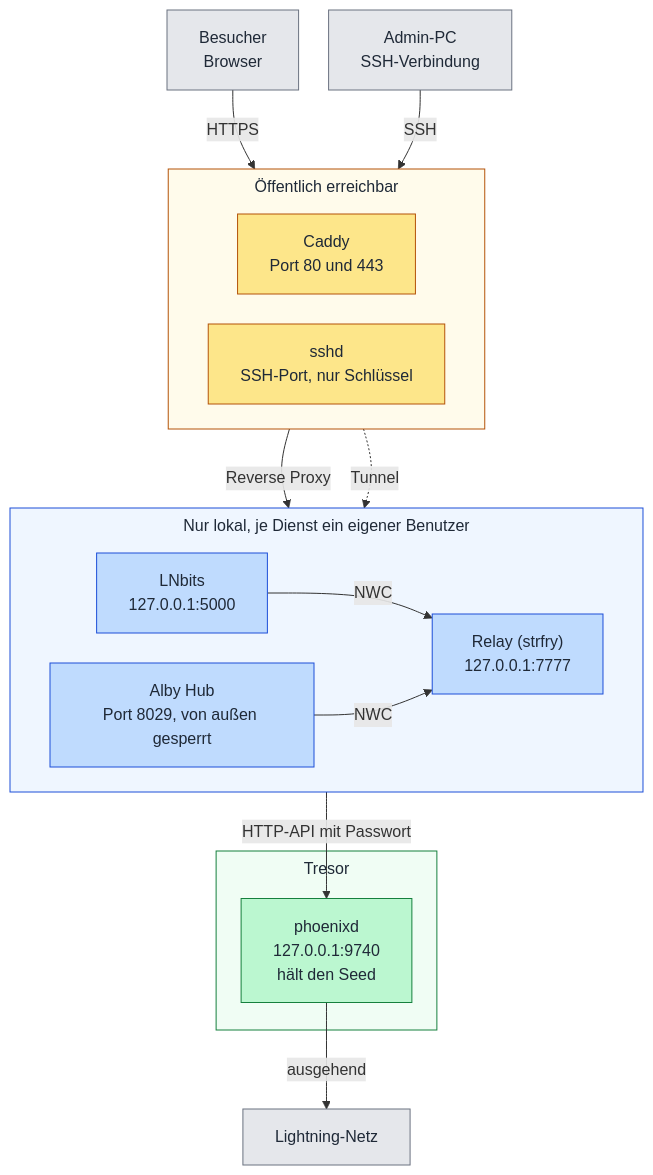
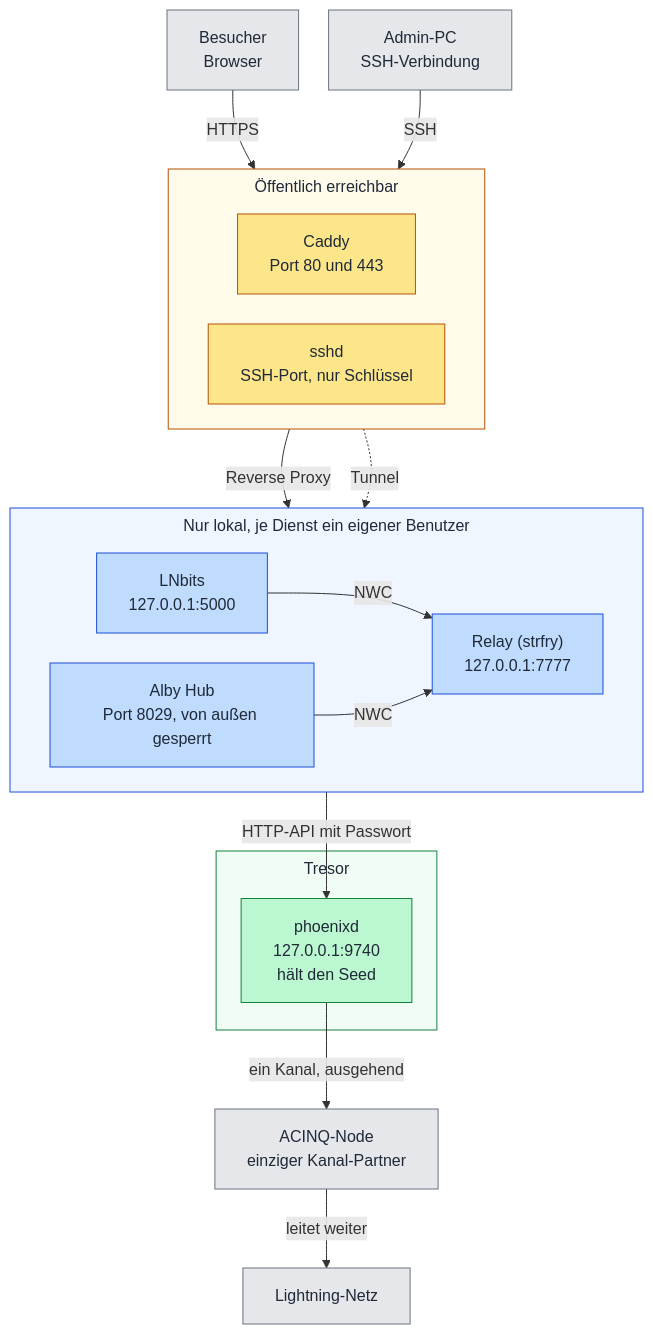
Before and after one commit to AxelHamburch/phalnx: the first of 2 diagrams in src/content/docs/start/overview.md, drawn with Mermaid. The commit also changed other lines of this file and 3 other files, not shown here.

Commit message:
Docs: ACINQ hidden-node diagram, funding Alby Hub, explain NWC log check

````diff
--- a/src/content/docs/start/overview.md
+++ b/src/content/docs/start/overview.md
@@ -11,46 +11,48 @@
 ```mermaid
 %%{init: {"flowchart": {"padding": 16, "nodeSpacing": 30, "rankSpacing": 55, "subGraphTitleMargin": {"top": 6, "bottom": 14}}}}%%
 flowchart TB
   V["Besucher<br/>Browser"]
   A["Admin-PC<br/>SSH-Verbindung"]
 
   subgraph PUB["Öffentlich erreichbar"]
     direction LR
     C["Caddy<br/>Port 80 und 443"]
     S["sshd<br/>SSH-Port, nur Schlüssel"]
   end
 
   subgraph INT["Nur lokal, je Dienst ein eigener Benutzer"]
     direction LR
     L["LNbits<br/>127.0.0.1:5000"]
     H["Alby Hub<br/>Port 8029, von außen gesperrt"]
     R["Relay (strfry)<br/>127.0.0.1:7777"]
   end
 
   subgraph SAFE["Tresor"]
     P["phoenixd<br/>127.0.0.1:9740<br/>hält den Seed"]
   end
 
+  AC["ACINQ-Node<br/>einziger Kanal-Partner"]
   LN["Lightning-Netz"]
 
   V -->|HTTPS| C
   A -->|SSH| S
   C -->|Reverse Proxy| L
   S -.->|Tunnel| H
   L -->|NWC| R
   H -->|NWC| R
   H -->|HTTP-API mit Passwort| P
-  P -->|ausgehend| LN
+  P -->|ein Kanal, ausgehend| AC
+  AC -->|leitet weiter| LN
 
   classDef public fill:#fde68a,stroke:#b45309,color:#1f2937
   classDef internal fill:#bfdbfe,stroke:#1d4ed8,color:#1f2937
   classDef safe fill:#bbf7d0,stroke:#15803d,color:#1f2937
   classDef outside fill:#e5e7eb,stroke:#6b7280,color:#1f2937
   class C,S public
   class L,R,H internal
   class P safe
-  class V,A,LN outside
+  class V,A,AC,LN outside
   style PUB fill:#fffbeb,stroke:#b45309,color:#1f2937
   style INT fill:#eff6ff,stroke:#1d4ed8,color:#1f2937
   style SAFE fill:#f0fdf4,stroke:#15803d,color:#1f2937
 ```
````
